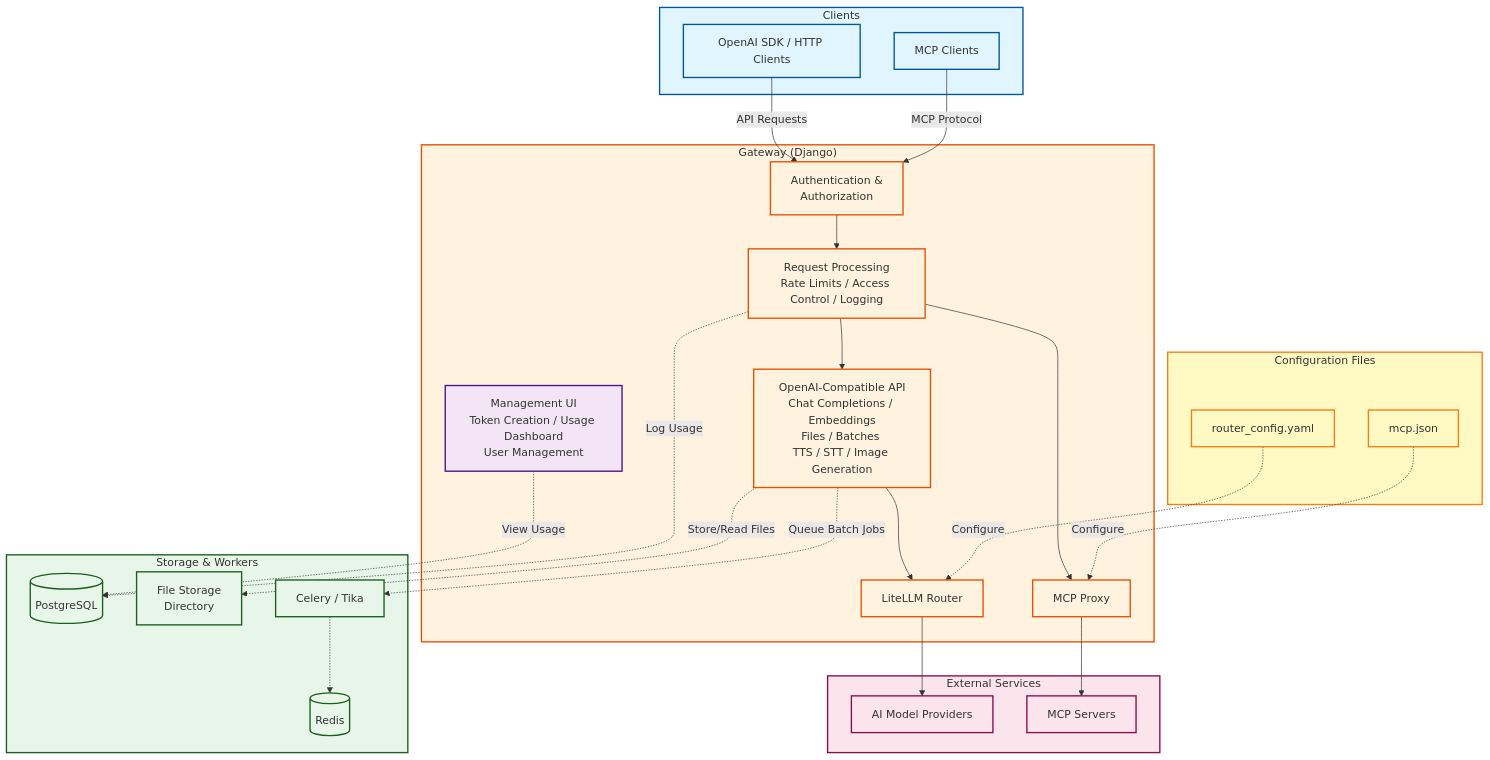
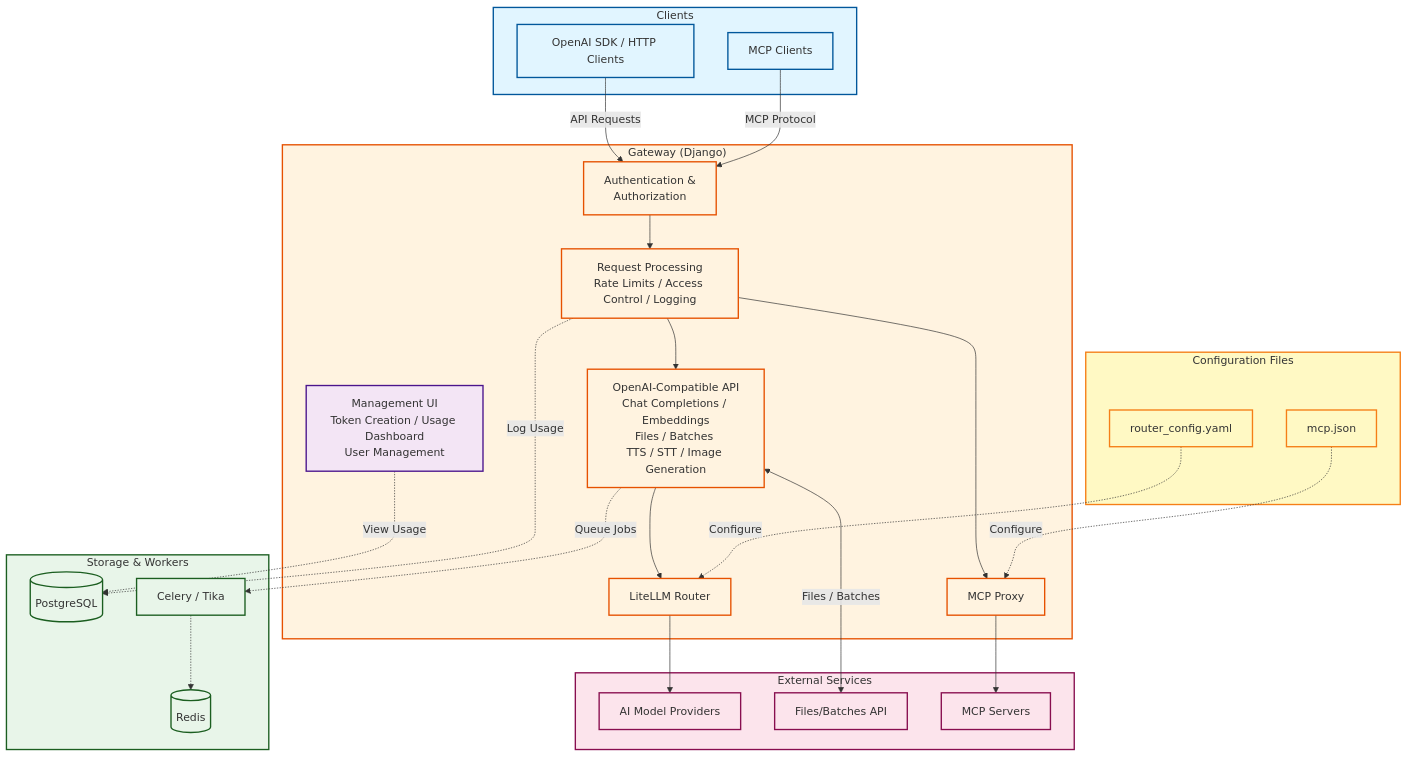
The diagram in README.md (TU-Wien-dataLAB/aqueduct), drawn with Mermaid before and after one commit. The commit also changed other lines of this file and 1 other file, not shown here.

Commit message:
update .example.env remove file store from mermaid chart in README.md

````diff
--- a/README.md
+++ b/README.md
@@ -95,71 +95,72 @@
 ```mermaid
 flowchart TB
     subgraph Client["Clients"]
         OAIClients[OpenAI SDK / HTTP Clients]
         MCPClients[MCP Clients]
     end
 
     subgraph Gateway["Gateway (Django)"]
         Auth[Authentication &<br/>Authorization]
         Middleware[Request Processing<br/>Rate Limits / Access Control / Logging]
-        
+
         API[OpenAI-Compatible API<br/>Chat Completions / Embeddings<br/>Files / Batches <br/>TTS / STT / Image Generation]
         MCPProxy[MCP Proxy]
-        
+
         LiteLLM[LiteLLM Router]
-        
+
         Admin[Management UI<br/>Token Creation / Usage Dashboard<br/>User Management]:::mgmtStyle
     end
-    
+
     subgraph Config["Configuration Files"]
         RouterConfig[router_config.yaml]
         MCPConfig[mcp.json]
     end
-    
+
     subgraph Storage["Storage & Workers"]
         DB[(PostgreSQL)]
-        FileStorage[File Storage<br/>Directory]
         Cache[(Redis)]
         Workers[Celery / Tika]
     end
-    
+
     subgraph External["External Services"]
         Models[AI Model Providers]
+        FilesBatches[Files/Batches API]
         MCP[MCP Servers]
     end
 
     OAIClients -->|API Requests| Auth
     MCPClients -->|MCP Protocol| Auth
-    
+
     Auth --> Middleware
     Middleware --> API
     Middleware --> MCPProxy
-    
+
     API --> LiteLLM
     LiteLLM --> Models
-    
+
+    API <-->|Files / Batches| FilesBatches
+
     MCPProxy --> MCP
-    
+
     RouterConfig -.->|Configure| LiteLLM
     MCPConfig -.->|Configure| MCPProxy
-    
+
     Admin -.->|View Usage| DB
     Middleware -.->|Log Usage| DB
-    
-    API -.->|Store/Read Files| FileStorage
-    API -.->|Queue Batch Jobs| Workers
+
+    API -.->|Queue Jobs| Workers
     Workers -.-> Cache
-    
+
     classDef clientStyle fill:#e1f5ff,stroke:#01579b,stroke-width:2px
     classDef gatewayStyle fill:#fff3e0,stroke:#e65100,stroke-width:2px
     classDef mgmtStyle fill:#f3e5f5,stroke:#4a148c,stroke-width:2px
     classDef configStyle fill:#fff9c4,stroke:#f57f17,stroke-width:2px
     classDef storageStyle fill:#e8f5e9,stroke:#1b5e20,stroke-width:2px
     classDef externalStyle fill:#fce4ec,stroke:#880e4f,stroke-width:2px
-    
+
     class Client,OAIClients,MCPClients clientStyle
     class Gateway,Auth,Middleware,API,MCPProxy,LiteLLM gatewayStyle
     class Config,RouterConfig,MCPConfig configStyle
-    class Storage,DB,FileStorage,Cache,Workers storageStyle
-    class External,Models,MCP externalStyle
+    class Storage,DB,Cache,Workers storageStyle
+    class External,Models,FilesBatches,MCP externalStyle
 ```
````
